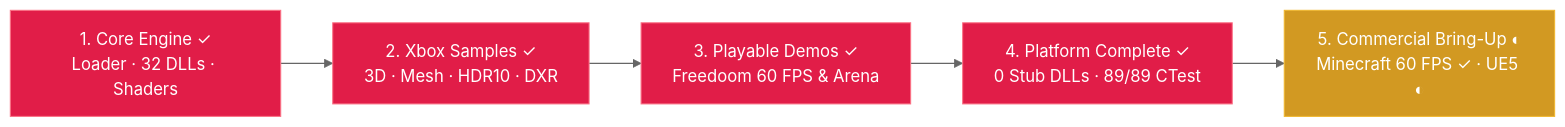
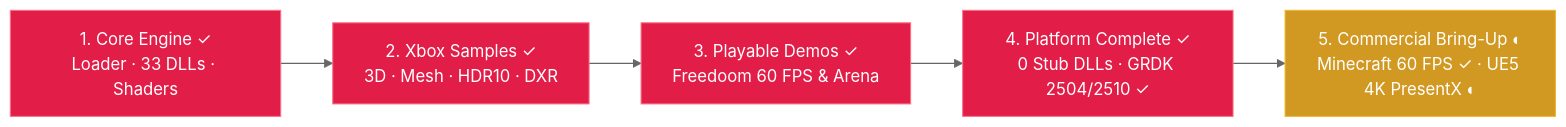
One commit to HFASLTO117/OpenScarlett changed the first of 2 diagrams in README.md. Above: the diagram before and after it, drawn with Mermaid (neutral theme). The commit also changed other lines of this file and 4 other files, not shown here.

Commit message:
docs(readme,status): highlight GRDK 2504/2510 Stops 1-17 (chad.dll, 33 DLLs / 1,360 exports), input/save/MSAA fixes, UE5 4K PresentX & PRs #40/#41/#44

````diff
--- a/README.md
+++ b/README.md
@@ -32,13 +38,13 @@
 ```mermaid
 flowchart LR
-    S1["1. Core Engine ✓\nLoader · 32 DLLs · Shaders"] --> S2["2. Xbox Samples ✓\n3D · Mesh · HDR10 · DXR"]
+    S1["1. Core Engine ✓\nLoader · 33 DLLs · Shaders"] --> S2["2. Xbox Samples ✓\n3D · Mesh · HDR10 · DXR"]
     S2 --> S3["3. Playable Demos ✓\nFreedoom 60 FPS & Arena"]
-    S3 --> S4["4. Platform Complete ✓\n0 Stub DLLs · 89/89 CTest"]
-    S4 --> S5["5. Commercial Bring-Up ◐\nMinecraft 60 FPS ✓ · UE5 ◐"]
+    S3 --> S4["4. Platform Complete ✓\n0 Stub DLLs · GRDK 2504/2510 ✓"]
+    S4 --> S5["5. Commercial Bring-Up ◐\nMinecraft 60 FPS ✓ · UE5 4K PresentX ◐"]
 
     style S1 fill:#e11d48,stroke:#fb7185,color:#ffffff
     style S2 fill:#e11d48,stroke:#fb7185,color:#ffffff
     style S3 fill:#e11d48,stroke:#fb7185,color:#ffffff
     style S4 fill:#e11d48,stroke:#fb7185,color:#ffffff
     style S5 fill:#d29922,stroke:#f0b72f,color:#ffffff
 ```
````
